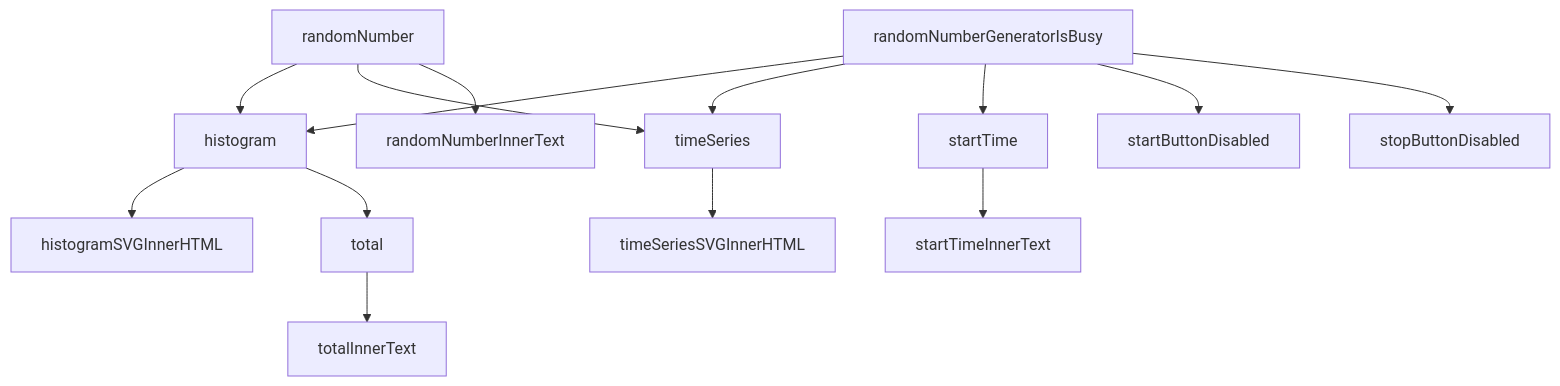
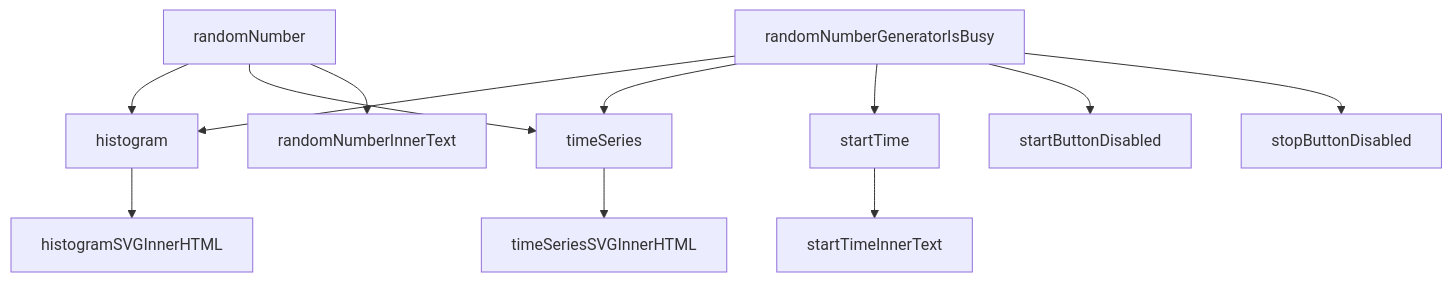
The diagram in README.md (KaoruTaketani/DAQ-JS), drawn with Mermaid before and after one commit. The commit also changed 36 other files, not shown here.

````diff
--- a/README.md
+++ b/README.md
@@ -43,22 +43,16 @@
 ```mermaid
 graph TD;
-    %%elementValues-->totalInnerText;
-    %%elementValues-->startTimeInnerText;
-    %%elementValues-->stopButtonDisabled;
-    %%elementValues-->randomNumberInnerText;
     histogram-->histogramSVGInnerHTML;
-    histogram-->total;
     %%httpServer-->elementValues;
     %%httpServer-->webSocketPathnames;
     randomNumberGeneratorIsBusy-->histogram;
     randomNumber-->histogram;
     randomNumber-->timeSeries;
     randomNumber-->randomNumberInnerText;
     randomNumberGeneratorIsBusy-->timeSeries;
     randomNumberGeneratorIsBusy-->startTime;
     randomNumberGeneratorIsBusy-->startButtonDisabled;
     randomNumberGeneratorIsBusy-->stopButtonDisabled;
     startTime-->startTimeInnerText;
     timeSeries-->timeSeriesSVGInnerHTML;
-    total-->totalInnerText;
 ```
````
